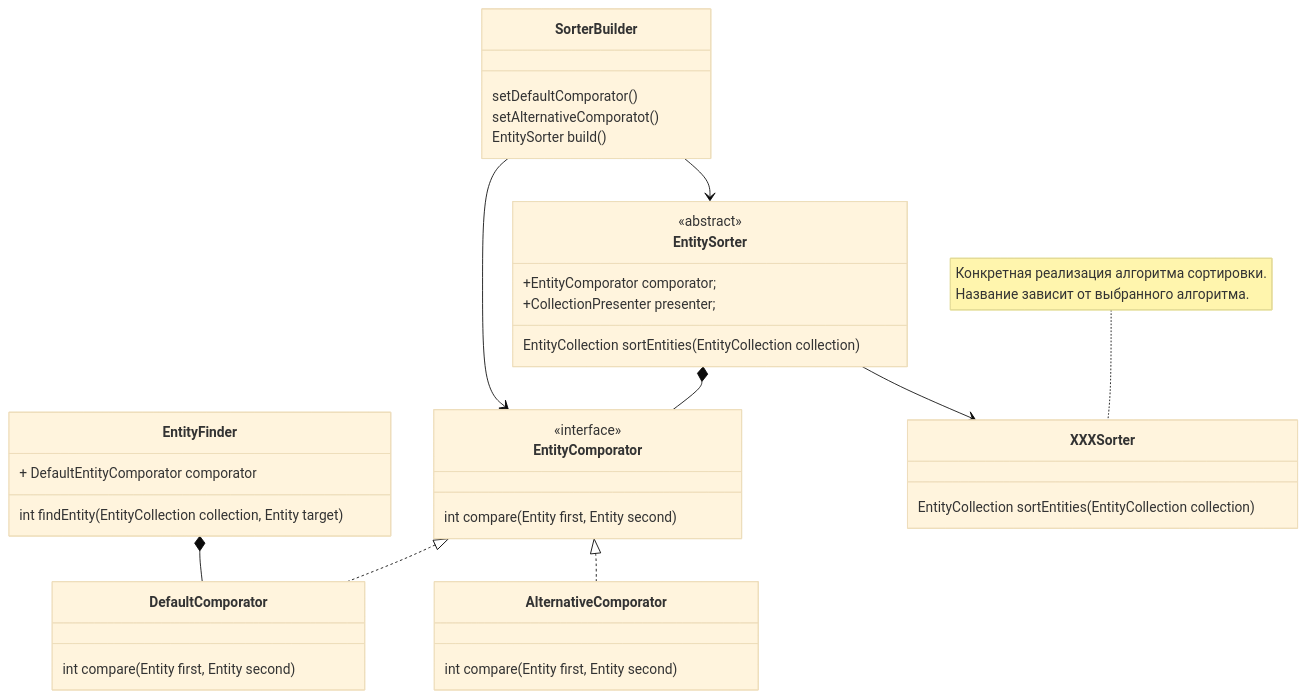
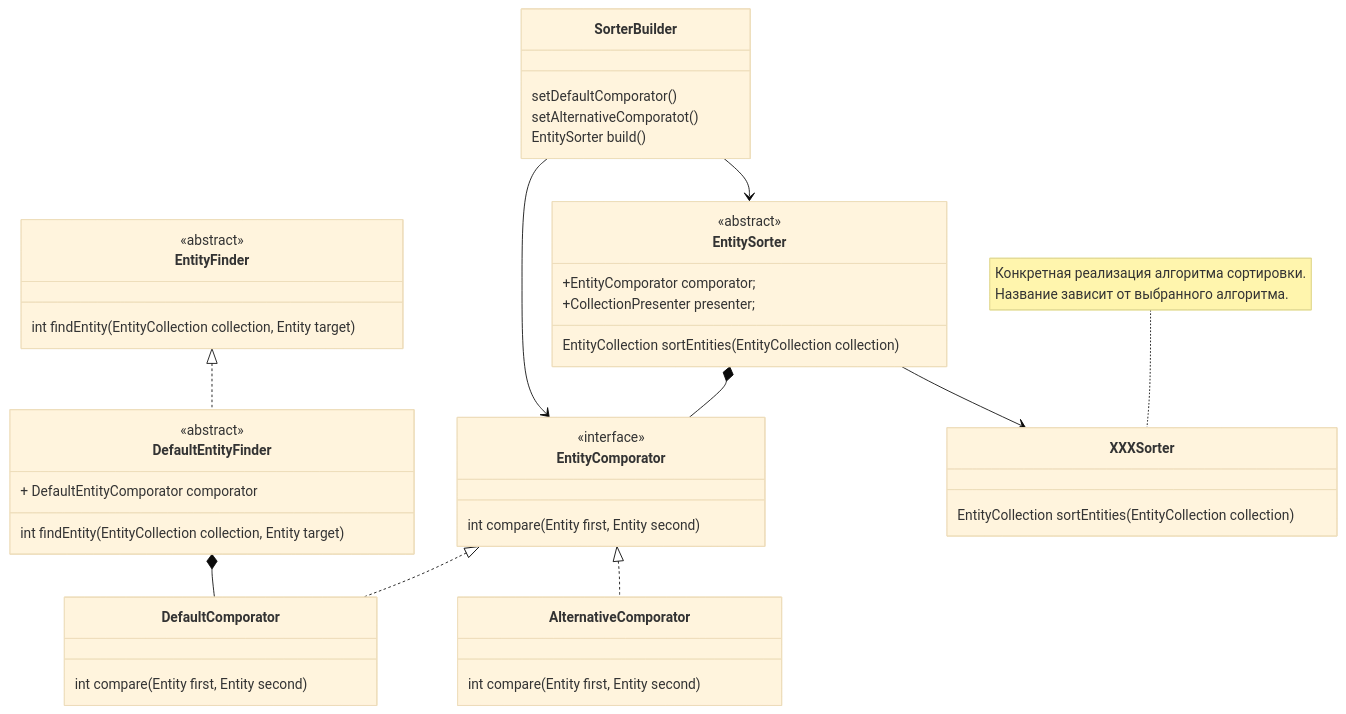
The fourth of 6 diagrams in README.md (ColAshN65/FirstTeamProject), drawn with Mermaid (base theme) before and after one commit.

Commit message:
Readme entityFinder corrections

````diff
--- a/README.md
+++ b/README.md
@@ -147,50 +147,57 @@
 ```mermaid
 classDiagram
 
   EntityComporator <|.. DefaultComporator
   EntityComporator <|.. AlternativeComporator
+  EntityFinder <|.. DefaultEntityFinder
   EntitySorter *-- EntityComporator
-  EntityFinder *-- DefaultComporator
+  DefaultEntityFinder *-- DefaultComporator
   SorterBuilder --> EntityComporator
   SorterBuilder --> EntitySorter
   EntitySorter --> XXXSorter
 
   class EntityFinder{
+    <<abstract>>
+
+    int findEntity(EntityCollection collection, Entity target)
+  }
+
+  class DefaultEntityFinder{
+    <<abstract>>
     + DefaultEntityComporator comporator
 
     int findEntity(EntityCollection collection, Entity target)
-
   }
 
   class EntitySorter{
     <<abstract>>
     +EntityComporator сomporator;
     +CollectionPresenter presenter;
 
     EntityCollection sortEntities(EntityCollection collection)
   }
 
 
   note for XXXSorter "Конкретная реализация алгоритма сортировки.
   Название зависит от выбранного алгоритма."
   class XXXSorter{
     EntityCollection sortEntities(EntityCollection collection)
   }
 
   class SorterBuilder{
     setDefaultComporator()
     setAlternativeComporatot()
     EntitySorter build()
   }
 
   class EntityComporator{
     <<interface>>
     int compare(Entity first, Entity second)
   }
   class DefaultComporator{
     int compare(Entity first, Entity second)
   }
   class AlternativeComporator{
     int compare(Entity first, Entity second)
   }
 ```
````
